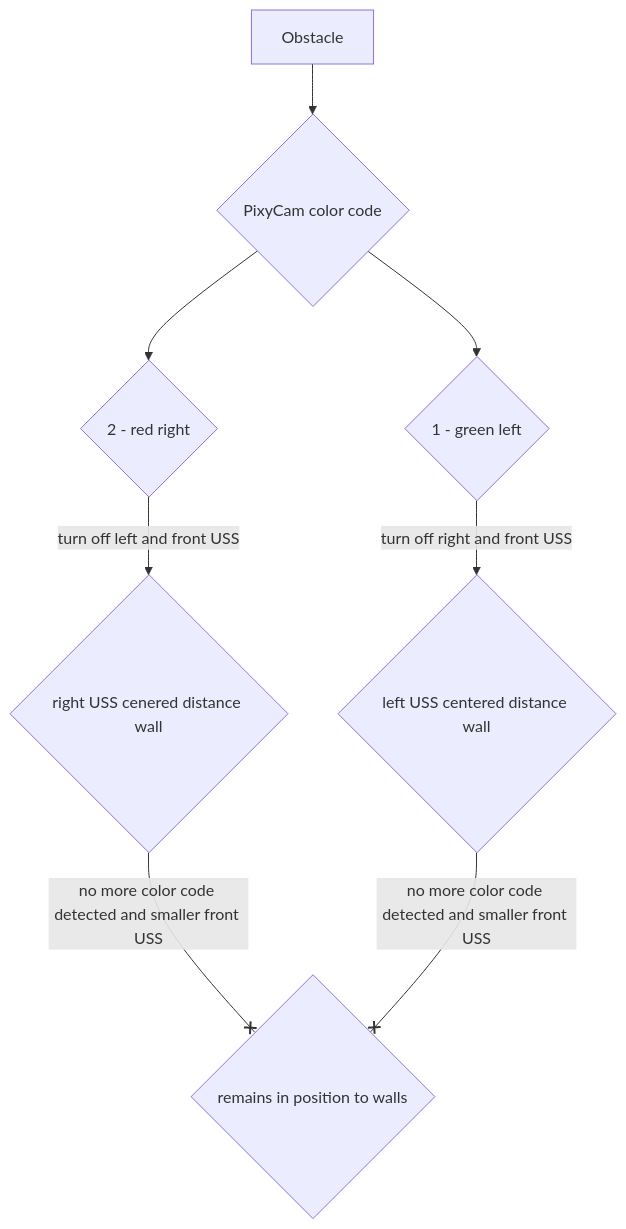
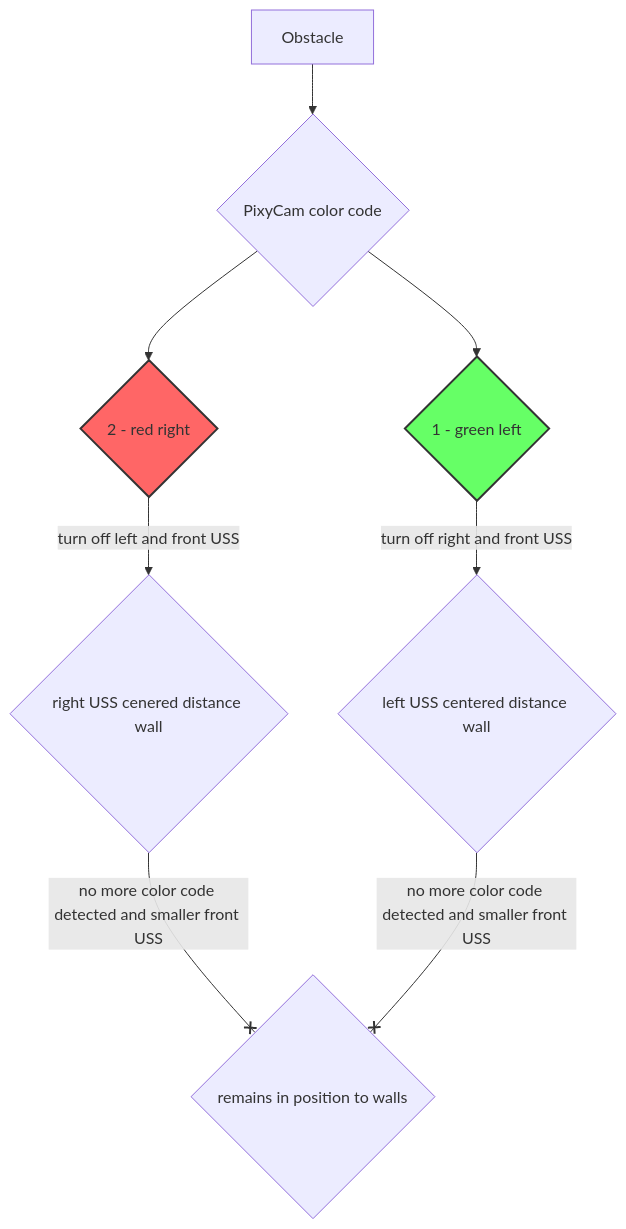
Before and after one commit to SchroedingersBit/PfortGTPanama: the second of 2 diagrams in programming/ObstacleChallenge/README.md, drawn with Mermaid.

````diff
--- a/programming/ObstacleChallenge/README.md
+++ b/programming/ObstacleChallenge/README.md
@@ -19,7 +19,11 @@
 ```mermaid
 flowchart TB;
+classDef redFill fill:#ff6666,stroke:#333,stroke-width:2px;
+classDef greenFill fill:#66ff66,stroke:#333,stroke-width:2px;
 Obstacle --> P{PixyCam color code} --> R{2 - red right} & G{1 - green left};
 R -->|turn off left and front USS| RU{right USS cenered distance wall};
 G -->|turn off right and front USS| LU{left USS centered distance wall};
 RU & LU --x |no more color code detected and smaller front USS | B{remains in position to walls};
+class R redFill;
+class G greenFill;
 ```
````
